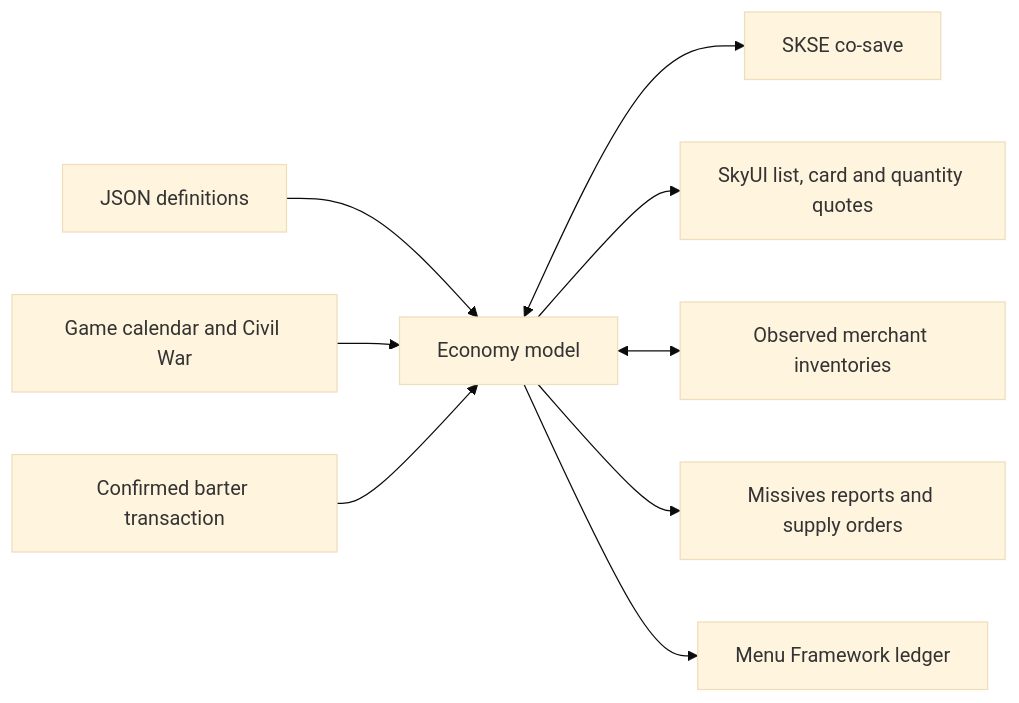
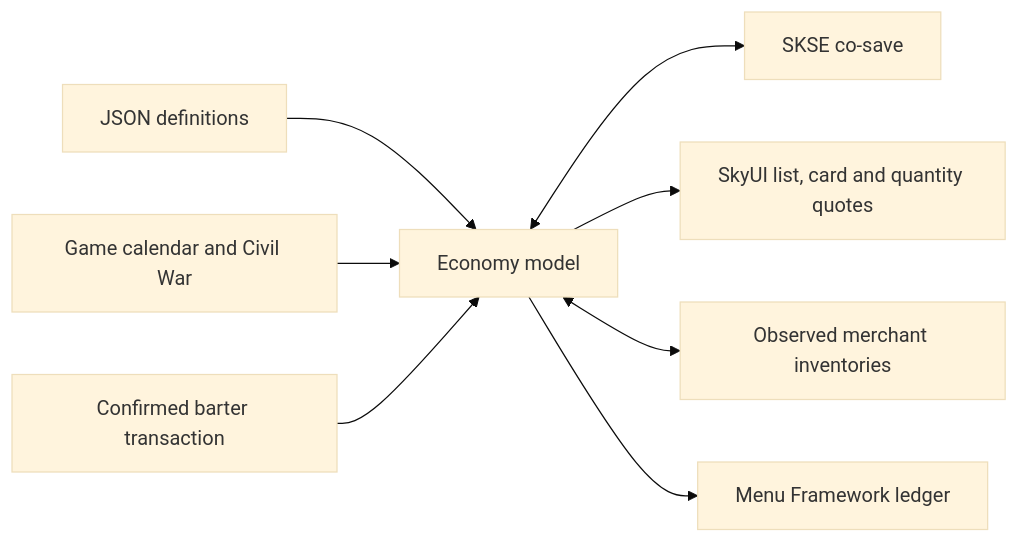
Before and after one commit to opteron-x86/marco-polo: the diagram in docs/ARCHITECTURE.md, drawn with Mermaid (base theme). The commit also changed other lines of this file and 36 other files, not shown here.

````diff
--- a/docs/ARCHITECTURE.md
+++ b/docs/ARCHITECTURE.md
@@ -7,11 +7,10 @@
 ```mermaid
 flowchart LR
   Config[JSON definitions] --> Core[Economy model]
   Time[Game calendar and Civil War] --> Core
   Core <--> Save[SKSE co-save]
   Trade[Confirmed barter transaction] --> Core
   Core --> Price[SkyUI list, card and quantity quotes]
   Core <--> Chest[Observed merchant inventories]
-  Core --> Boards[Missives reports and supply orders]
   Core --> Ledger[Menu Framework ledger]
 ```
````
